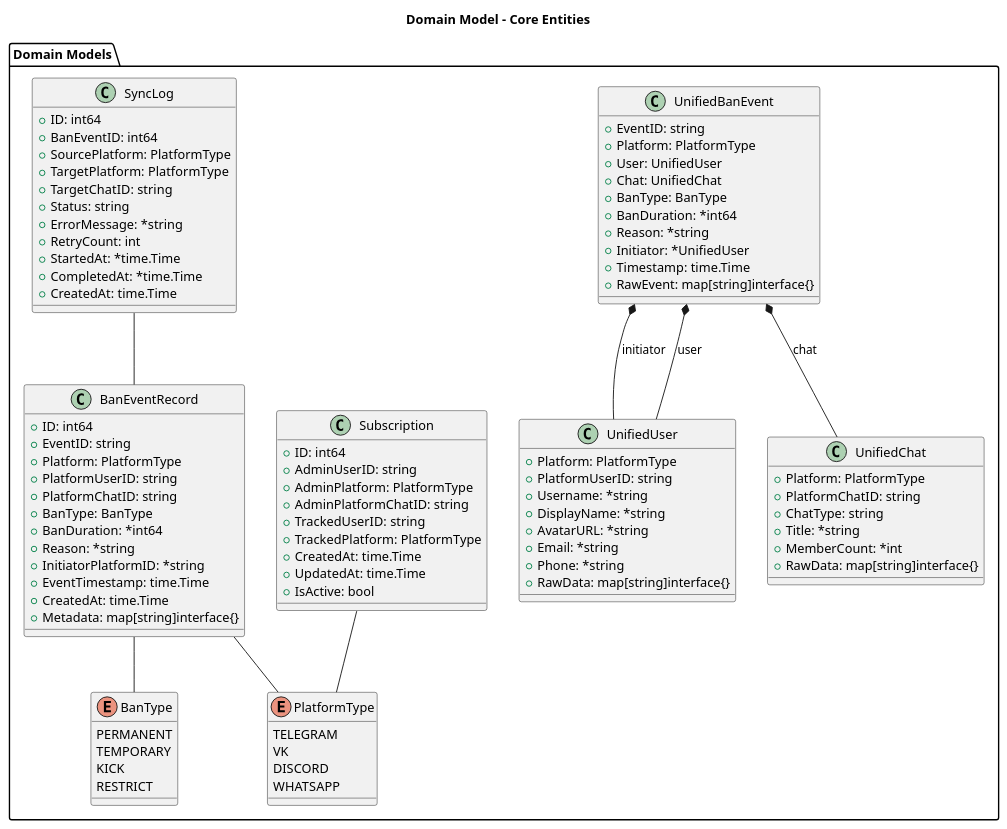
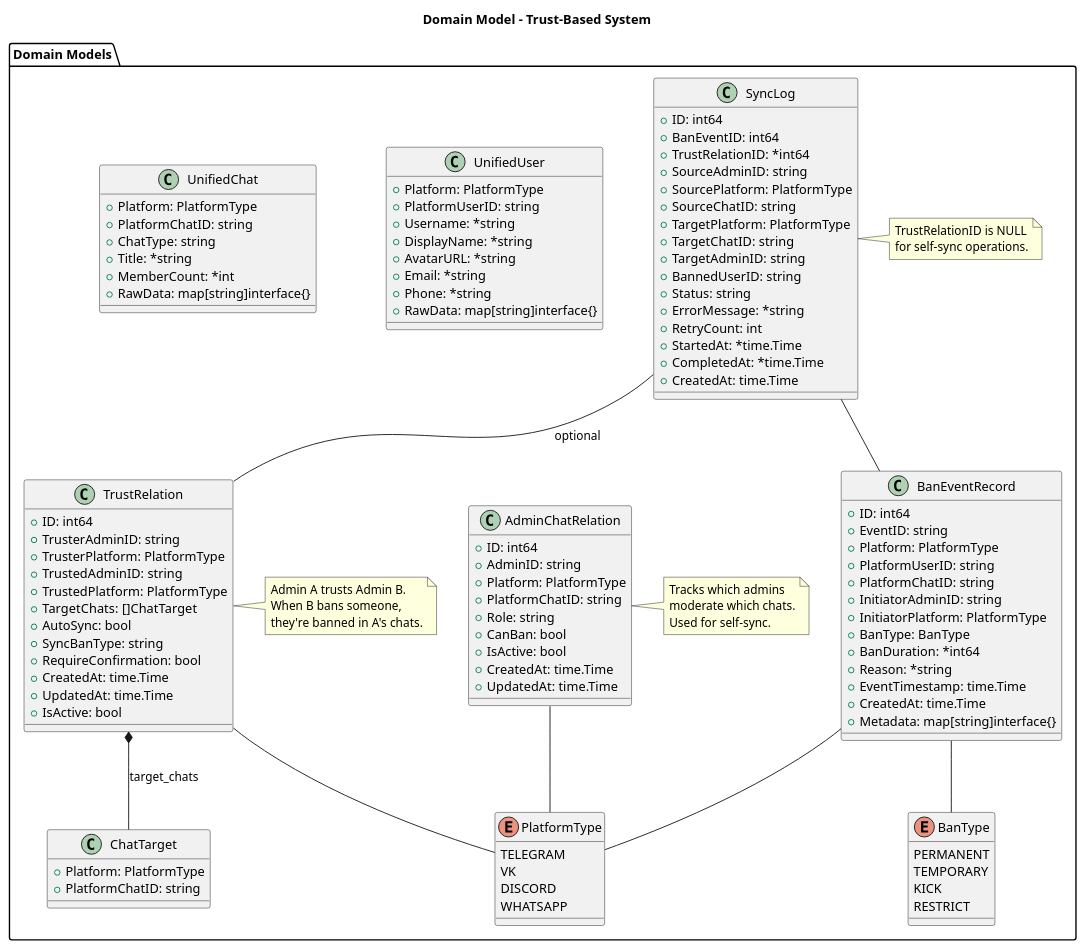
One commit to Eelyousha/dozor-service changed the diagram in domain_model.puml. Above: the diagram before and after it, drawn with PlantUML. The commit also changed other lines of this file and 13 other files, not shown here.

Commit message:
Updated architecture

```diff
--- a/domain_model.puml
+++ b/domain_model.puml
@@ -3,103 +1,135 @@
 @startuml
-title Domain Model - Core Entities
+title Domain Model - Trust-Based System
 
 package "Domain Models" {
     enum PlatformType {
         TELEGRAM
         VK
         DISCORD
         WHATSAPP
     }
     
     enum BanType {
         PERMANENT
         TEMPORARY
         KICK
         RESTRICT
+    }
+    
+    class TrustRelation {
+        +ID: int64
+        +TrusterAdminID: string
+        +TrusterPlatform: PlatformType
+        +TrustedAdminID: string
+        +TrustedPlatform: PlatformType
+        +TargetChats: []ChatTarget
+        +AutoSync: bool
+        +SyncBanType: string
+        +RequireConfirmation: bool
+        +CreatedAt: time.Time
+        +UpdatedAt: time.Time
+        +IsActive: bool
+    }
+    
+    class ChatTarget {
+        +Platform: PlatformType
+        +PlatformChatID: string
+    }
+    
+    class AdminChatRelation {
+        +ID: int64
+        +AdminID: string
+        +Platform: PlatformType
+        +PlatformChatID: string
+        +Role: string
+        +CanBan: bool
+        +IsActive: bool
+        +CreatedAt: time.Time
+        +UpdatedAt: time.Time
     }
     
     class UnifiedUser {
         +Platform: PlatformType
         +PlatformUserID: string
         +Username: *string
         +DisplayName: *string
         +AvatarURL: *string
         +Email: *string
         +Phone: *string
         +RawData: map[string]interface{}
     }
     
     class UnifiedChat {
         +Platform: PlatformType
         +PlatformChatID: string
         +ChatType: string
         +Title: *string
         +MemberCount: *int
         +RawData: map[string]interface{}
     }
     
-    class UnifiedBanEvent {
-        +EventID: string
-        +Platform: PlatformType
-        +User: UnifiedUser
-        +Chat: UnifiedChat
-        +BanType: BanType
-        +BanDuration: *int64
-        +Reason: *string
-        +Initiator: *UnifiedUser
-        +Timestamp: time.Time
-        +RawEvent: map[string]interface{}
-    }
-    
-    class Subscription {
-        +ID: int64
-        +AdminUserID: string
-        +AdminPlatform: PlatformType
-        +AdminPlatformChatID: string
-        +TrackedUserID: string
-        +TrackedPlatform: PlatformType
-        +CreatedAt: time.Time
-        +UpdatedAt: time.Time
-        +IsActive: bool
-    }
-    
     class BanEventRecord {
         +ID: int64
         +EventID: string
         +Platform: PlatformType
         +PlatformUserID: string
         +PlatformChatID: string
+        +InitiatorAdminID: string
+        +InitiatorPlatform: PlatformType
         +BanType: BanType
         +BanDuration: *int64
         +Reason: *string
-        +InitiatorPlatformID: *string
         +EventTimestamp: time.Time
         +CreatedAt: time.Time
         +Metadata: map[string]interface{}
     }
     
     class SyncLog {
         +ID: int64
         +BanEventID: int64
+        +TrustRelationID: *int64
+        +SourceAdminID: string
         +SourcePlatform: PlatformType
+        +SourceChatID: string
         +TargetPlatform: PlatformType
         +TargetChatID: string
+        +TargetAdminID: string
+        +BannedUserID: string
         +Status: string
         +ErrorMessage: *string
         +RetryCount: int
         +StartedAt: *time.Time
         +CompletedAt: *time.Time
         +CreatedAt: time.Time
     }
     
-    UnifiedBanEvent *-- UnifiedUser : user
-    UnifiedBanEvent *-- UnifiedChat : chat
-    UnifiedBanEvent *-- UnifiedUser : initiator
+    TrustRelation *-- ChatTarget : target_chats
+    TrustRelation -- PlatformType
     
-    Subscription -- PlatformType
+    AdminChatRelation -- PlatformType
+    
     BanEventRecord -- PlatformType
     BanEventRecord -- BanType
+    
     SyncLog -- BanEventRecord
+    SyncLog -- TrustRelation : optional
+    
+    note right of TrustRelation
+        Admin A trusts Admin B.
+        When B bans someone,
+        they're banned in A's chats.
+    end note
+    
+    note right of AdminChatRelation
+        Tracks which admins
+        moderate which chats.
+        Used for self-sync.
+    end note
+    
+    note right of SyncLog
+        TrustRelationID is NULL
+        for self-sync operations.
+    end note
 }
 
 @enduml
```
